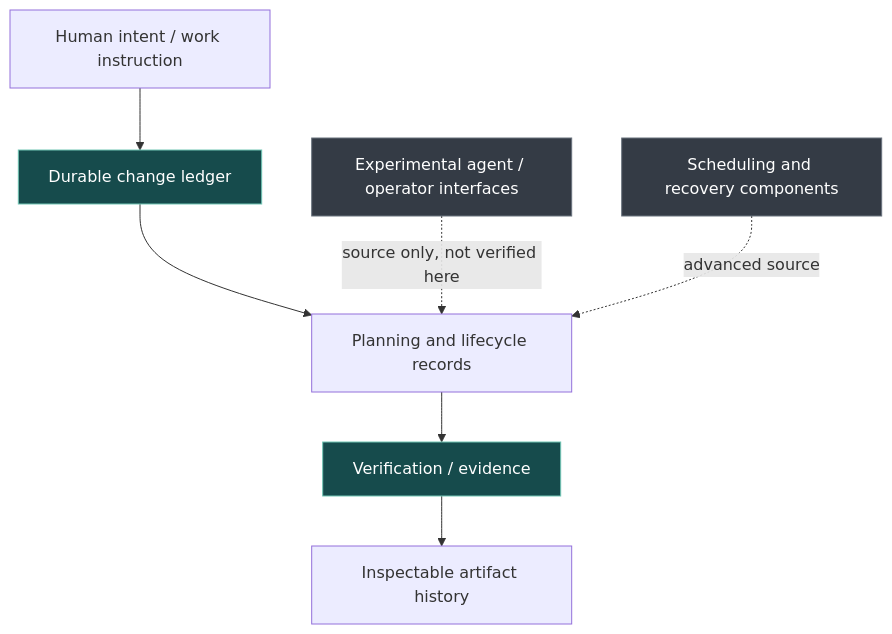
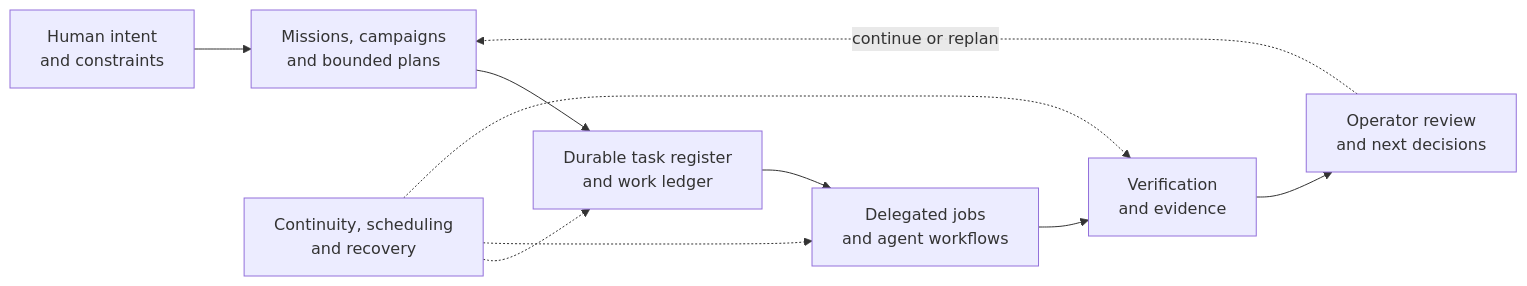
Before and after one commit to jedufa/causyl: the diagram in README.md, drawn with Mermaid. The commit also changed other lines of this file and 2 other files, not shown here.

First line of the commit message:
docs: present Causyl as a persistent operator-guided laboratory assistant

````diff
--- a/README.md
+++ b/README.md
@@ -123,13 +37,12 @@
 ```mermaid
-flowchart TB
-  H["Human intent / work instruction"] --> L["Durable change ledger"]
-  L --> P["Planning and lifecycle records"]
-  P --> V["Verification / evidence"]
-  V --> A["Inspectable artifact history"]
-  X["Experimental agent / operator interfaces"] -. "source only, not verified here" .-> P
-  S["Scheduling and recovery components"] -. "advanced source" .-> P
-  style L fill:#164b4c,color:#fff,stroke:#70c5b4
-  style V fill:#164b4c,color:#fff,stroke:#70c5b4
-  style X fill:#343b45,color:#fff,stroke:#69727d
-  style S fill:#343b45,color:#fff,stroke:#69727d
+flowchart LR
+    H["Human intent<br/>and constraints"] --> P["Missions, campaigns<br/>and bounded plans"]
+    P --> T["Durable task register<br/>and work ledger"]
+    T --> X["Delegated jobs<br/>and agent workflows"]
+    X --> V["Verification<br/>and evidence"]
+    V --> R["Operator review<br/>and next decisions"]
+    R -. "continue or replan" .-> P
+    C["Continuity, scheduling<br/>and recovery"] -.-> T
+    C -.-> X
+    C -.-> V
 ```
````
